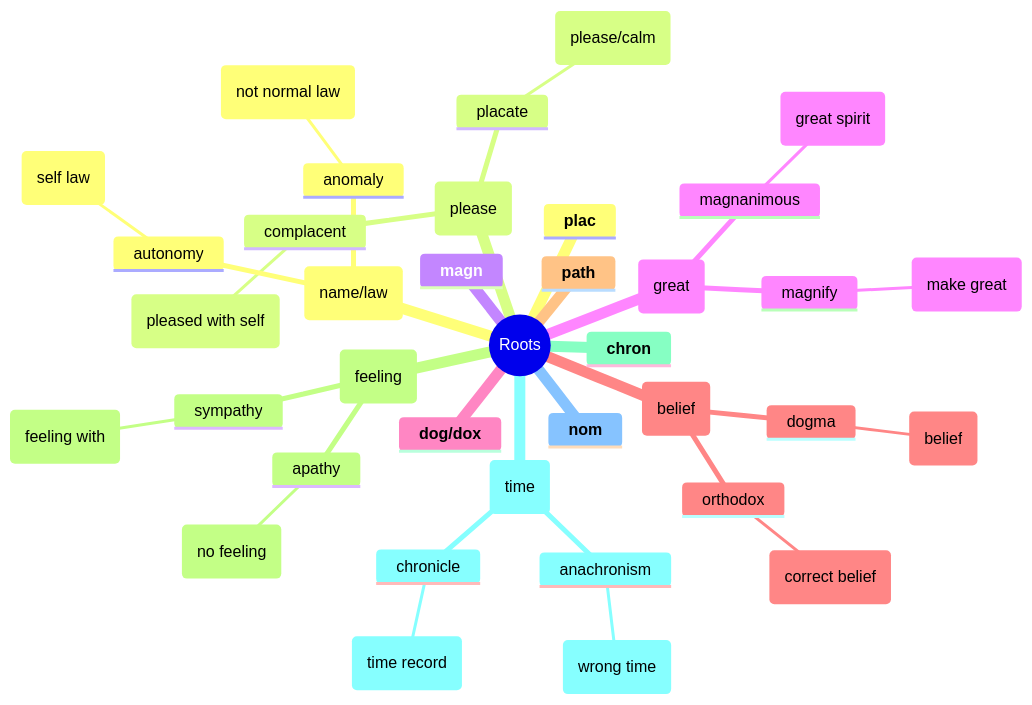
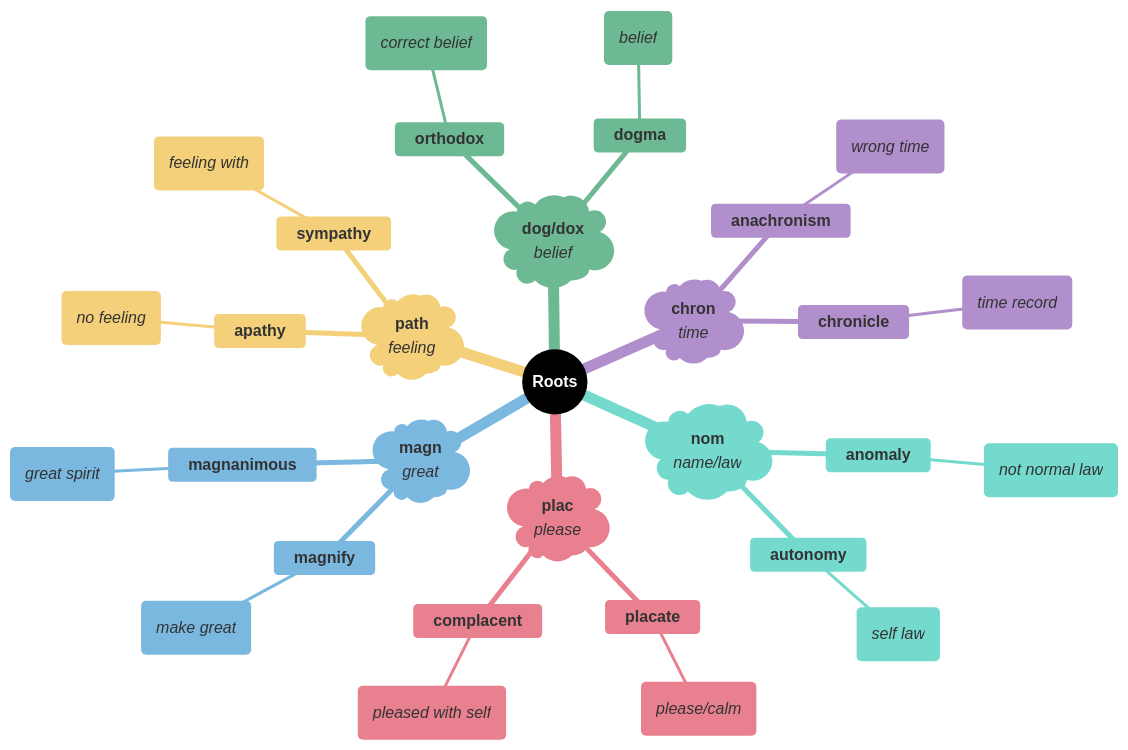
Before and after one commit to 95anantsingh/gre-preparation: the sixth of 6 diagrams in mindmaps/20-moderation-and-restraint.md, drawn with Mermaid. The commit also changed other lines of this file and 14 other files, not shown here.

````diff
--- a/mindmaps/20-moderation-and-restraint.md
+++ b/mindmaps/20-moderation-and-restraint.md
@@ -453,40 +361,53 @@
 ```mermaid
+%%{
+  init: {
+    "theme": "base",
+    "themeVariables": {
+      "primaryColor": "#000000",
+      "cScale1": "#e8808f",  "cScaleInv1": "#a33445",
+      "cScale2": "#7bb8e0",  "cScaleInv2": "#266a93",
+      "cScale3": "#6db993",  "cScaleInv3": "#23543f",
+      "cScale4": "#f5d07a",  "cScaleInv4": "#c4903b",
+      "cScale5": "#b08fcc",  "cScaleInv5": "#5d3b75",
+      "cScale6": "#74dace",  "cScaleInv6": "#217d72",
+      "cScale7": "#f09570",  "cScaleInv7": "#b84112",
+      "cScale8": "#8ea8c2",  "cScaleInv8": "#32465e",
+      "cScale9": "#cc7fba",  "cScaleInv9": "#7d2868",
+      "cScale10": "#c99a78", "cScaleInv10": "#7c4e32",
+      "cScale11": "#a3a3a3", "cScaleInv11": "#3d3d3d"
+    }
+  }
+}%%
 mindmap
-  root((Roots))
-    **plac**
-    (please)
-      placate
-        (please/calm)
-      complacent
-        (pleased with self)
-    **magn**
-    (great)
-      magnanimous
-        (great spirit)
-      magnify
-        (make great)
-    **dog/dox**
-    (belief)
-      dogma
-        (belief)
-      orthodox
-        (correct belief)
-    **path**
-    (feeling)
-      apathy
-        (no feeling)
-      sympathy
-        (feeling with)
-    **chron**
-    (time)
-      anachronism
-        (wrong time)
-      chronicle
-        (time record)
-    **nom**
-    (name/law)
-      anomaly
-        (not normal law)
-      autonomy
-        (self law)
+  root((<font color=white>**Roots**</font>))
+    )**plac**</br>_please_(
+      **placate**
+        (_please/calm_)
+      **complacent**
+        (_pleased with self_)
+    )**magn**</br>_great_(
+      **magnanimous**
+        (_great spirit_)
+      **magnify**
+        (_make great_)
+    )**dog/dox**</br>_belief_(
+      **dogma**
+        (_belief_)
+      **orthodox**
+        (_correct belief_)
+    )**path**</br>_feeling_(
+      **apathy**
+        (_no feeling_)
+      **sympathy**
+        (_feeling with_)
+    )**chron**</br>_time_(
+      **anachronism**
+        (_wrong time_)
+      **chronicle**
+        (_time record_)
+    )**nom**</br>_name/law_(
+      **anomaly**
+        (_not normal law_)
+      **autonomy**
+        (_self law_)
 ```
````
